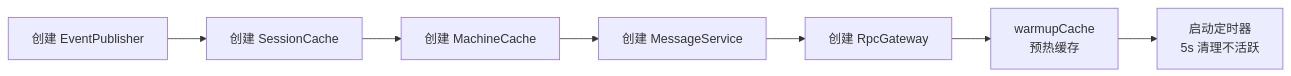
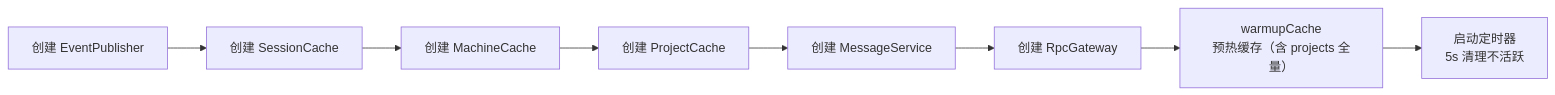
Before and after one commit to ModuBit/mobi: the eighth of 8 diagrams in docs/architecture/hub/sync/README.md, drawn with Mermaid. The commit also changed other lines of this file and 17 other files, not shown here.

Commit message:
docs(arch): 同步项目实体化——projects API/缓存/事件、--project、web 数据层

````diff
--- a/docs/architecture/hub/sync/README.md
+++ b/docs/architecture/hub/sync/README.md
@@ -158,9 +161,10 @@
 ```mermaid
 flowchart LR
     A[创建 EventPublisher] --> B[创建 SessionCache]
     B --> C[创建 MachineCache]
-    C --> D[创建 MessageService]
+    C --> PC[创建 ProjectCache]
+    PC --> D[创建 MessageService]
     D --> E[创建 RpcGateway]
-    E --> F[warmupCache<br/>预热缓存]
+    E --> F[warmupCache<br/>预热缓存（含 projects 全量）]
     F --> G[启动定时器<br/>5s 清理不活跃]
 ```
````
